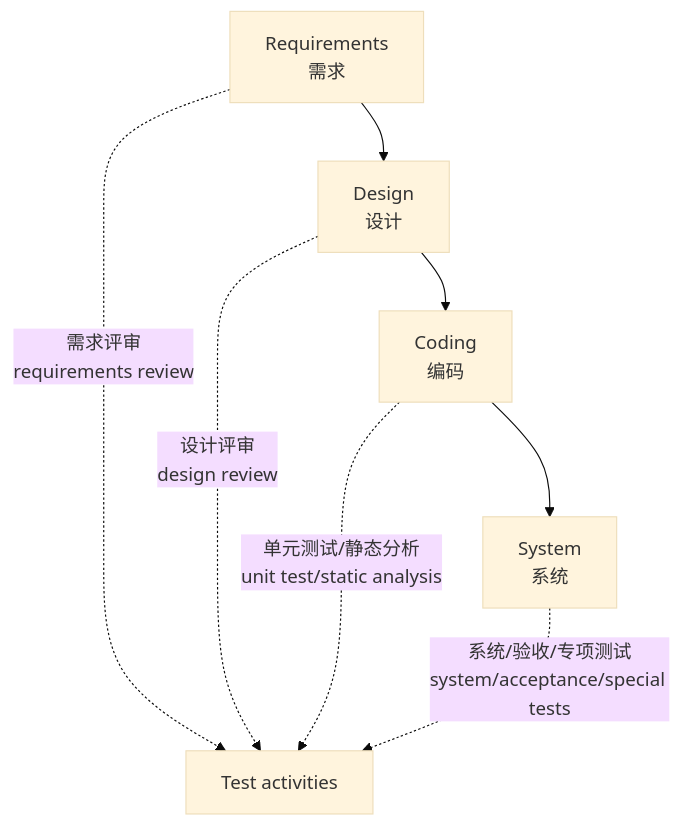
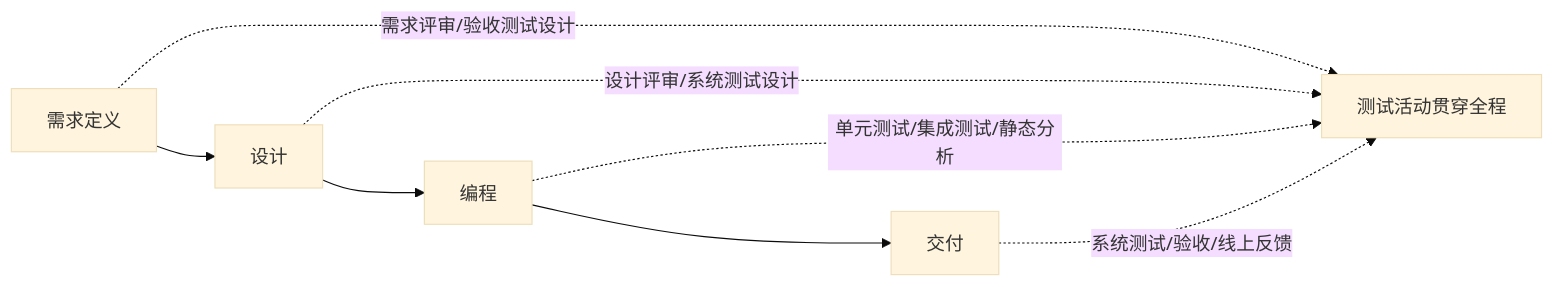
The second of 3 diagrams in src/content/test-lecture-01.md (Ziwen-Lii/pique-review-site), drawn with Mermaid (base theme) before and after one commit. The commit also changed other lines of this file and 8 other files, not shown here.

````diff
--- a/src/content/test-lecture-01.md
+++ b/src/content/test-lecture-01.md
@@ -163,10 +161,8 @@
 ```mermaid
-flowchart TB
-  R["Requirements<br/>需求"] --> D["Design<br/>设计"]
-  D --> C["Coding<br/>编码"]
-  C --> S["System<br/>系统"]
-  R -. "需求评审<br/>requirements review" .-> T1["Test activities"]
-  D -. "设计评审<br/>design review" .-> T1
-  C -. "单元测试/静态分析<br/>unit test/static analysis" .-> T1
-  S -. "系统/验收/专项测试<br/>system/acceptance/special tests" .-> T1
+flowchart LR
+  A["需求定义"] --> B["设计"] --> C["编程"] --> D["交付"]
+  A -. "需求评审/验收测试设计" .-> T["测试活动贯穿全程"]
+  B -. "设计评审/系统测试设计" .-> T
+  C -. "单元测试/集成测试/静态分析" .-> T
+  D -. "系统测试/验收/线上反馈" .-> T
 ```
````
